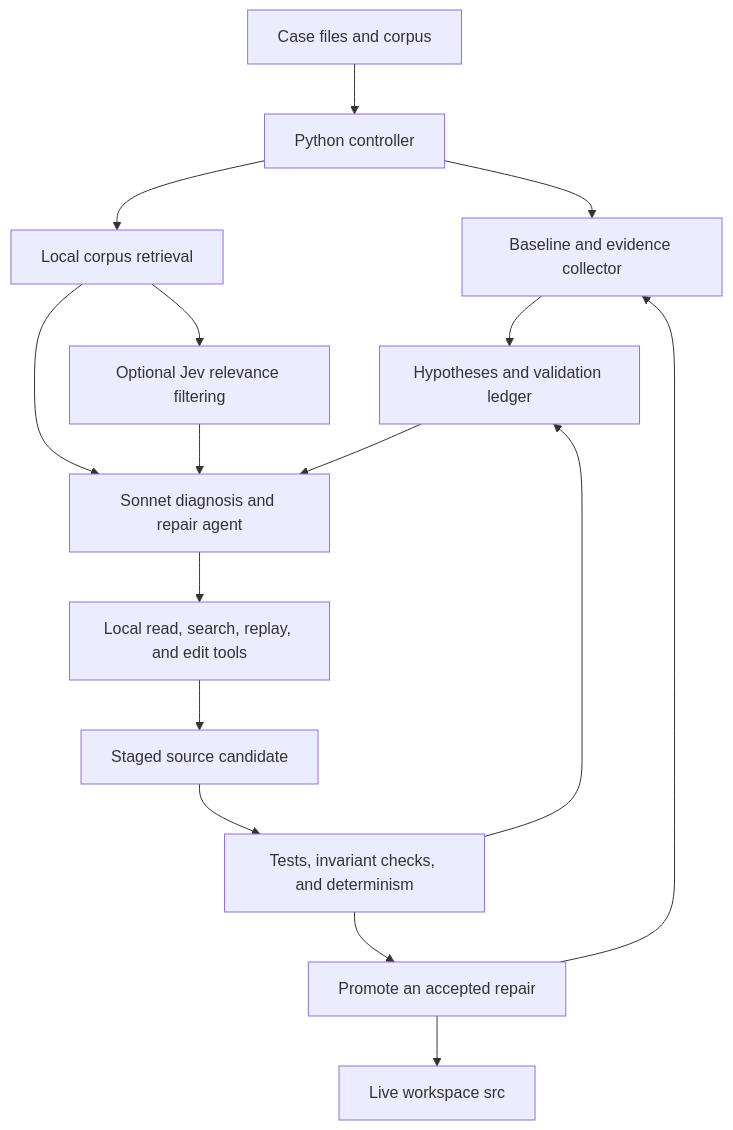
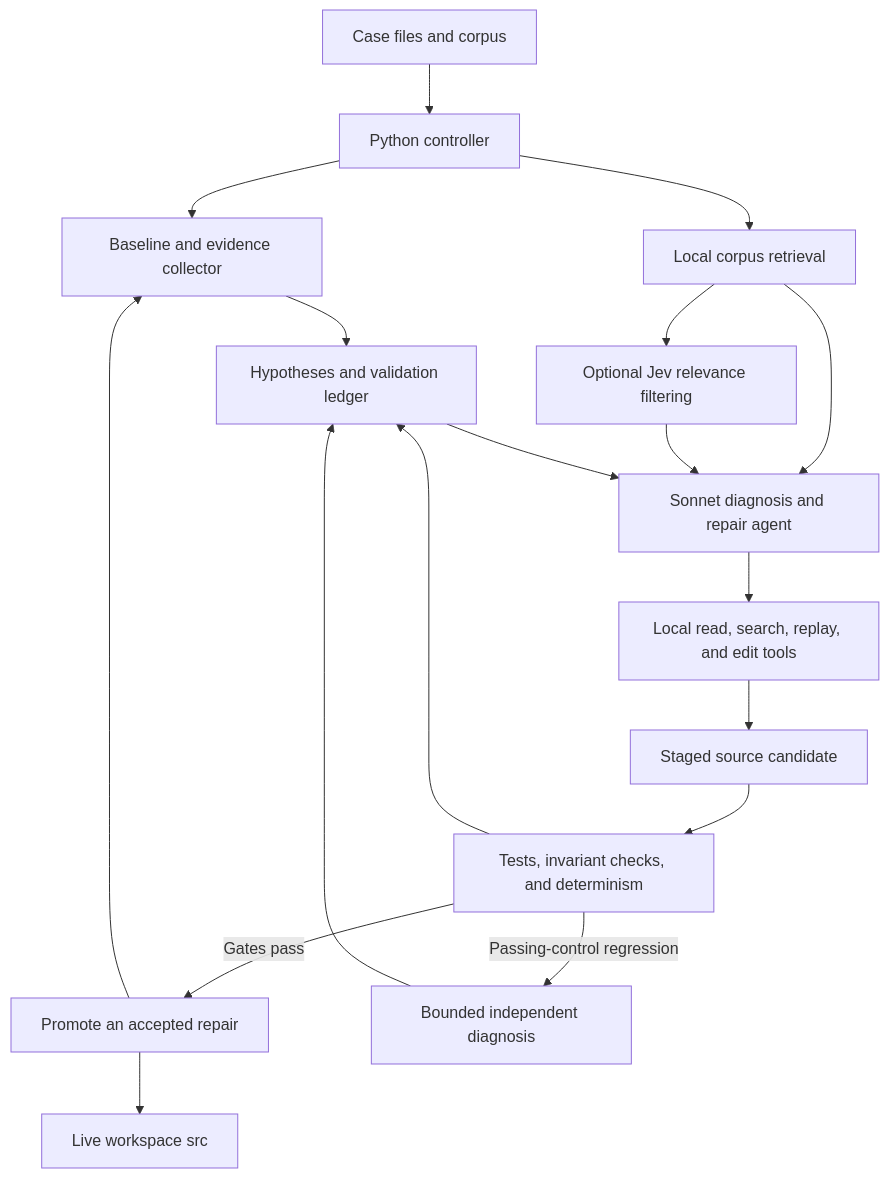
One commit to jinankjain/c3-take-home changed the diagram in DESIGN.md. Above: the diagram before and after it, drawn with Mermaid. The commit also changed other lines of this file and 3 other files, not shown here.

````diff
--- a/DESIGN.md
+++ b/DESIGN.md
@@ -31,18 +31,20 @@
 ```mermaid
 flowchart TD
     Inputs[Case files and corpus] --> Controller[Python controller]
     Controller --> Evidence[Baseline and evidence collector]
     Evidence --> Ledger[Hypotheses and validation ledger]
     Controller --> Retrieval[Local corpus retrieval]
     Retrieval --> Jev[Optional Jev relevance filtering]
     Retrieval --> Agent[Sonnet diagnosis and repair agent]
     Jev --> Agent
     Ledger --> Agent
     Agent --> Tools[Local read, search, replay, and edit tools]
     Tools --> Candidate[Staged source candidate]
     Candidate --> Validation[Tests, invariant checks, and determinism]
     Validation --> Ledger
-    Validation --> Promotion[Promote an accepted repair]
+    Validation -->|Gates pass| Promotion[Promote an accepted repair]
+    Validation -->|Passing-control regression| Diagnosis[Bounded independent diagnosis]
+    Diagnosis --> Ledger
     Promotion --> Live[Live workspace src]
     Promotion --> Evidence
 ```
````
